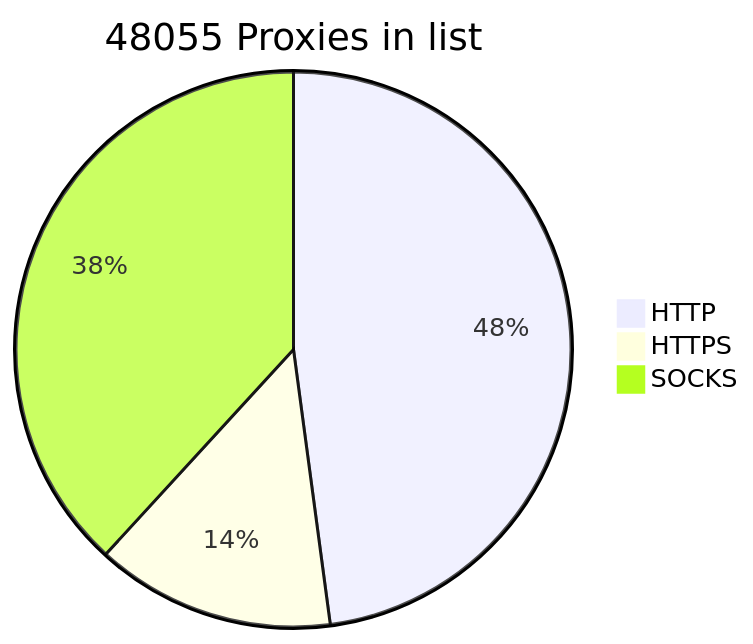
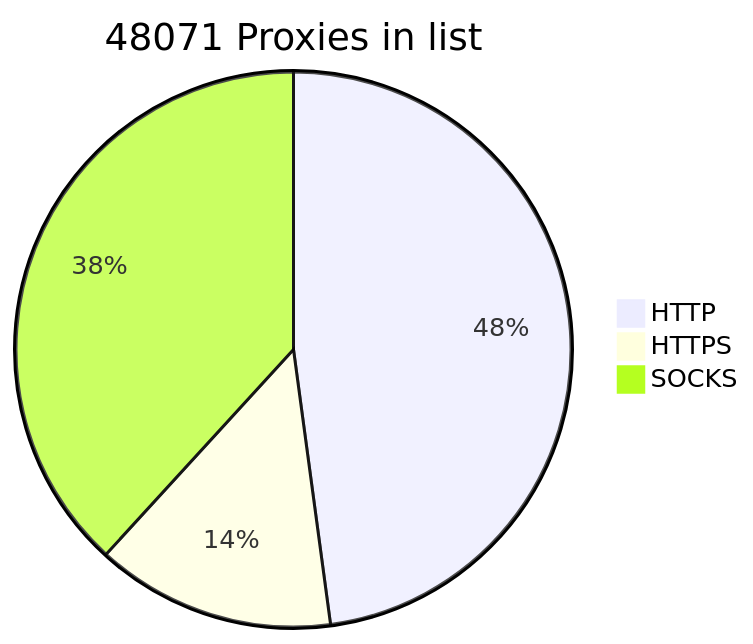
Before and after one commit to BlackSnowDot/proxylist-update-every-minute: the diagram in README.md, drawn with Mermaid.

````diff
--- a/README.md
+++ b/README.md
@@ -2,6 +2,6 @@
 ```mermaid
-pie title 48055 Proxies in list
+pie title 48071 Proxies in list
     "HTTP" : 25717
-    "HTTPS": 7481
-    "SOCKS" : 20511
+    "HTTPS": 7482
+    "SOCKS" : 20527
 ```
````
